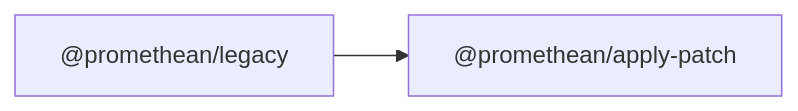
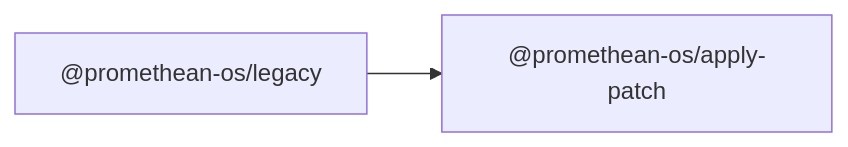
One commit to octave-commons/promethean changed the diagram in docs/packages/apply-patch/README.md. Above: the diagram before and after it, drawn with Mermaid. The commit also changed other lines of this file and 1753 other files, not shown here.

````diff
--- a/docs/packages/apply-patch/README.md
+++ b/docs/packages/apply-patch/README.md
@@ -14,7 +14,7 @@
 ```mermaid
 graph LR
-  A["@promethean/apply-patch"]
-  R1["@promethean/legacy"]
-  R1["@promethean/legacy"] --> A
-  click R1 "../legacy/README.md" "@promethean/legacy"
+  A["@promethean-os/apply-patch"]
+  R1["@promethean-os/legacy"]
+  R1["@promethean-os/legacy"] --> A
+  click R1 "../legacy/README.md" "@promethean-os/legacy"
 ```
````
